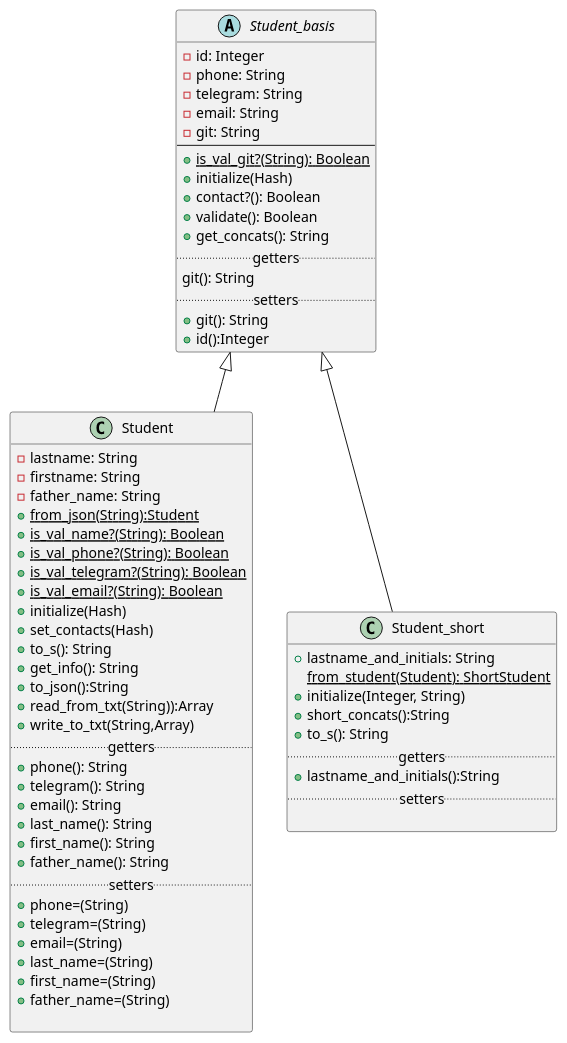
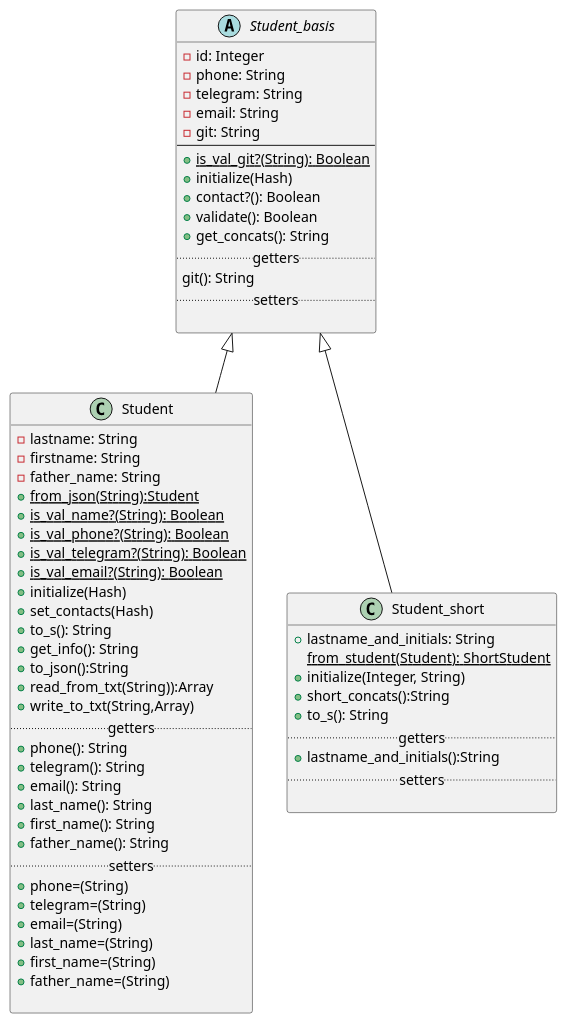
The diagram in lab2/student_diagrams.puml (ColdEiler/pattern), drawn with PlantUML before and after one commit. The commit also changed 1 other file, not shown here.

Commit message:
Иcправление диаграммы часть 2

```diff
--- a/lab2/student_diagrams.puml
+++ b/lab2/student_diagrams.puml
@@ -1,67 +1,66 @@
 @startuml
 'https://plantuml.com/class-diagram'
 
 abstract class Student_basis{
      -id: Integer
      -phone: String
      -telegram: String
      -email: String
      -git: String
 --
      +{static}is_val_git?(String): Boolean
      +initialize(Hash)
      +contact?(): Boolean
      +validate(): Boolean
      +get_concats(): String
      .. getters..
      git(): String
      .. setters ..
-     +git(): String
-     +id():Integer
+
 }
 
 class Student extends Student_basis{
      -lastname: String
      -firstname: String
      -father_name: String
      +{static}from_json(String):Student
      +{static}is_val_name?(String): Boolean
      +{static}is_val_phone?(String): Boolean
      +{static}is_val_telegram?(String): Boolean
      +{static}is_val_email?(String): Boolean
      +initialize(Hash)
      +set_contacts(Hash)
      +to_s(): String
      +get_info(): String
      +to_json():String
      +read_from_txt(String)):Array
      +write_to_txt(String,Array)
      .. getters ..
      +phone(): String
      +telegram(): String
      +email(): String
      +last_name(): String
      +first_name(): String
      +father_name(): String
      .. setters ..
      +phone=(String)
      +telegram=(String)
      +email=(String)
      +last_name=(String)
      +first_name=(String)
      +father_name=(String)
 
 }
 
 class Student_short extends Student_basis{
      +lastname_and_initials: String
      {static}from_student(Student): ShortStudent
      +initialize(Integer, String)
      +short_concats():String
      +to_s(): String
      .. getters ..
      +lastname_and_initials():String
      .. setters ..
 
 }
 @enduml
```
